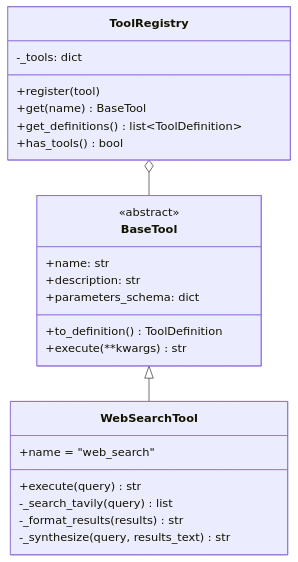
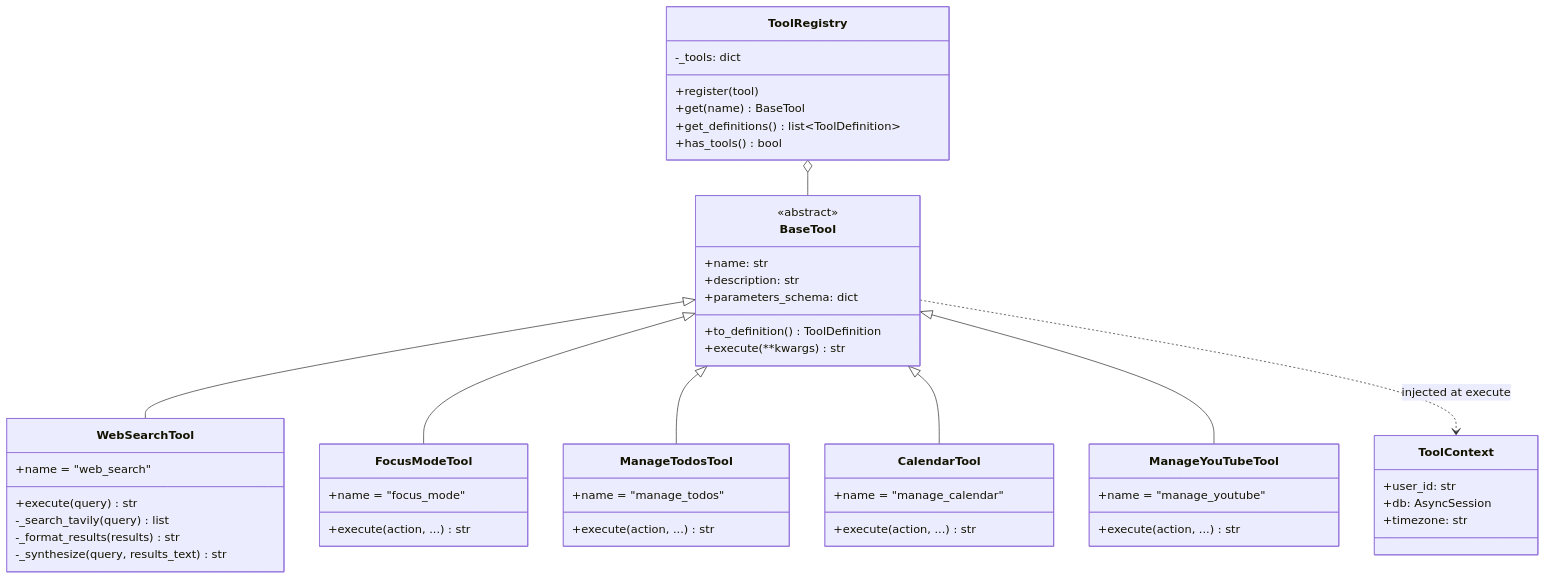
Before and after one commit to tekkno89/alfred-pa: the first of 3 diagrams in .claude/diagrams/tool-system.md, drawn with Mermaid. The commit also changed other lines of this file and 10 other files, not shown here.

First line of the commit message:
docs: Add missing diagrams and update docs for todos, notes, youtube, calendar, and triage

````diff
--- a/.claude/diagrams/tool-system.md
+++ b/.claude/diagrams/tool-system.md
@@ -5,27 +5,53 @@
 ```mermaid
 classDiagram
     class BaseTool {
         <<abstract>>
         +name: str
         +description: str
         +parameters_schema: dict
         +to_definition() ToolDefinition
         +execute(**kwargs) str
     }
+    class ToolContext {
+        +user_id: str
+        +db: AsyncSession
+        +timezone: str
+    }
     class WebSearchTool {
         +name = "web_search"
         +execute(query) str
         -_search_tavily(query) list
         -_format_results(results) str
         -_synthesize(query, results_text) str
+    }
+    class FocusModeTool {
+        +name = "focus_mode"
+        +execute(action, ...) str
+    }
+    class ManageTodosTool {
+        +name = "manage_todos"
+        +execute(action, ...) str
+    }
+    class CalendarTool {
+        +name = "manage_calendar"
+        +execute(action, ...) str
+    }
+    class ManageYouTubeTool {
+        +name = "manage_youtube"
+        +execute(action, ...) str
     }
     class ToolRegistry {
         -_tools: dict
         +register(tool)
         +get(name) BaseTool
         +get_definitions() list~ToolDefinition~
         +has_tools() bool
     }
     BaseTool <|-- WebSearchTool
+    BaseTool <|-- FocusModeTool
+    BaseTool <|-- ManageTodosTool
+    BaseTool <|-- CalendarTool
+    BaseTool <|-- ManageYouTubeTool
     ToolRegistry o-- BaseTool
+    BaseTool ..> ToolContext : injected at execute
 ```
````
